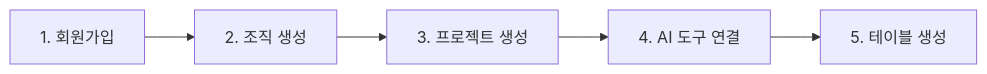
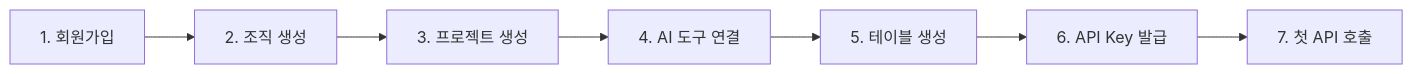
The diagram in ko/getting-started/02-quickstart.md (popup-studio-ai/bkend-docs), drawn with Mermaid before and after one commit. The commit also changed other lines of this file and 78 other files, not shown here.

````diff
--- a/ko/getting-started/02-quickstart.md
+++ b/ko/getting-started/02-quickstart.md
@@ -15,7 +15,9 @@
 ```mermaid
 flowchart LR
     A[1. 회원가입] --> B[2. 조직 생성]
     B --> C[3. 프로젝트 생성]
     C --> D[4. AI 도구 연결]
     D --> E[5. 테이블 생성]
+    E --> F[6. API Key 발급]
+    F --> G[7. 첫 API 호출]
 ```
````
